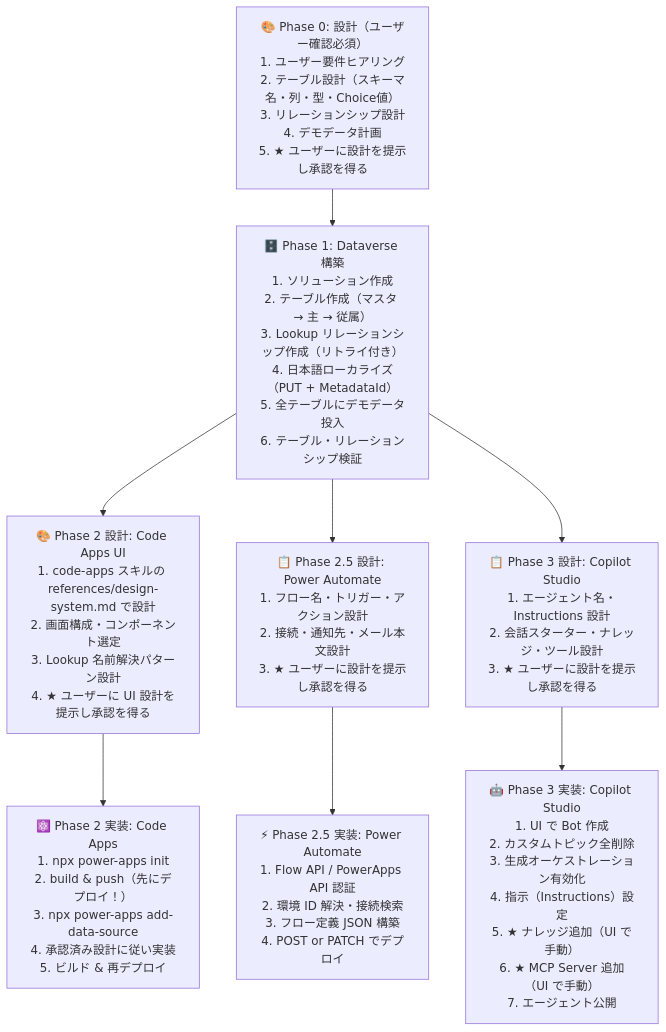
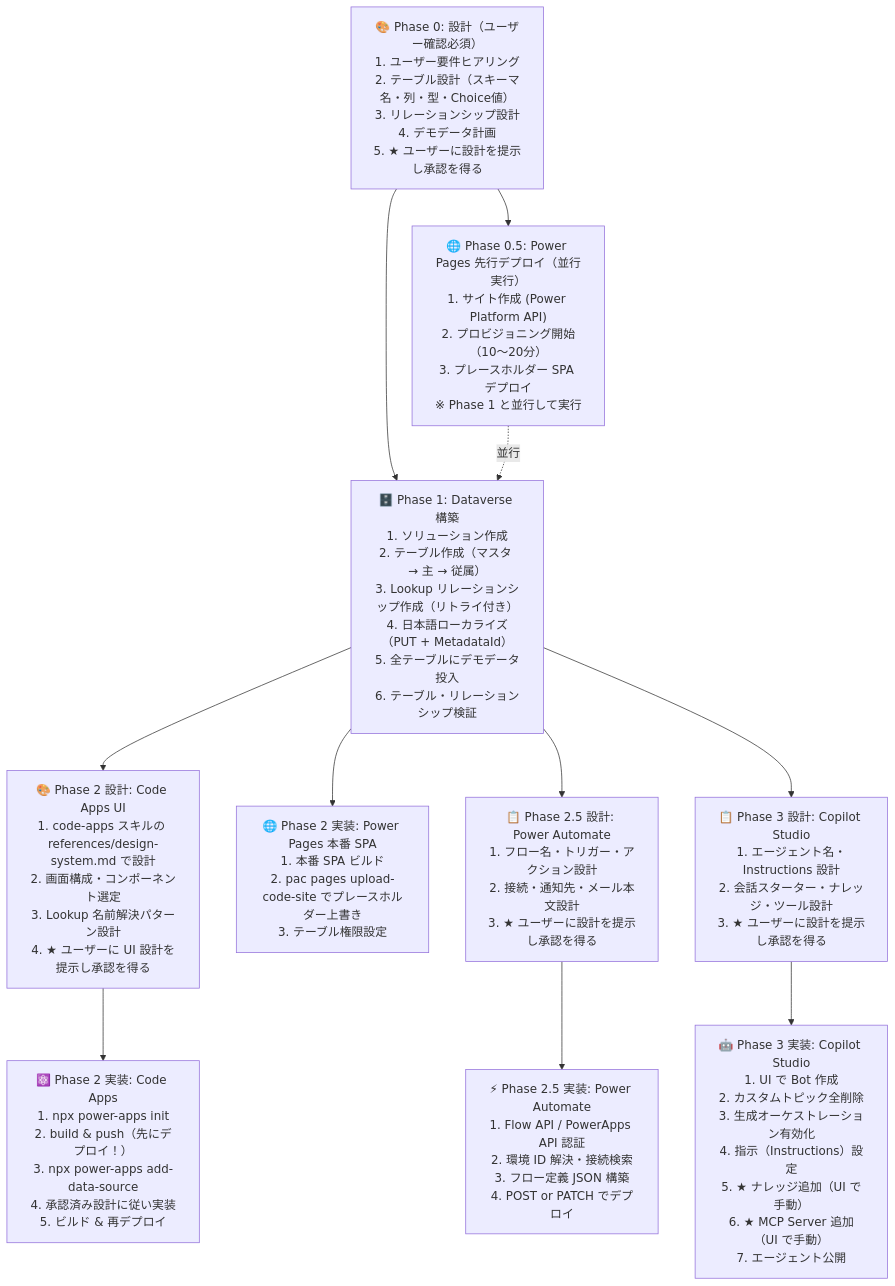
One commit to geekfujiwara/CodeAppsDevelopmentStandard changed the diagram in .github/skills/standard/references/power-platform-development-standard.md. Above: the diagram before and after it, drawn with Mermaid. The commit also changed other lines of this file and 7 other files, not shown here.

First line of the commit message:
feat: Phase 0.5 - Power Pages プレースホルダー先行デプロイ戦略

````diff
--- a/.github/skills/standard/references/power-platform-development-standard.md
+++ b/.github/skills/standard/references/power-platform-development-standard.md
@@ -1456,23 +1456,30 @@
 ```mermaid
 flowchart TD
     P0["🎨 Phase 0: 設計（ユーザー確認必須）\n1. ユーザー要件ヒアリング\n2. テーブル設計（スキーマ名・列・型・Choice値）\n3. リレーションシップ設計\n4. デモデータ計画\n5. ★ ユーザーに設計を提示し承認を得る"]
+
+    P05["🌐 Phase 0.5: Power Pages 先行デプロイ（並行実行）\n1. サイト作成 (Power Platform API)\n2. プロビジョニング開始（10〜20分）\n3. プレースホルダー SPA デプロイ\n※ Phase 1 と並行して実行"]
 
     P1["🗄️ Phase 1: Dataverse 構築\n1. ソリューション作成\n2. テーブル作成（マスタ → 主 → 従属）\n3. Lookup リレーションシップ作成（リトライ付き）\n4. 日本語ローカライズ（PUT + MetadataId）\n5. 全テーブルにデモデータ投入\n6. テーブル・リレーションシップ検証"]
 
     P2D["🎨 Phase 2 設計: Code Apps UI\n1. code-apps スキルの references/design-system.md で設計\n2. 画面構成・コンポーネント選定\n3. Lookup 名前解決パターン設計\n4. ★ ユーザーに UI 設計を提示し承認を得る"]
 
     P2["⚛️ Phase 2 実装: Code Apps\n1. npx power-apps init\n2. build & push（先にデプロイ！）\n3. npx power-apps add-data-source\n4. 承認済み設計に従い実装\n5. ビルド & 再デプロイ"]
+
+    P2PP["🌐 Phase 2 実装: Power Pages 本番 SPA\n1. 本番 SPA ビルド\n2. pac pages upload-code-site でプレースホルダー上書き\n3. テーブル権限設定"]
 
     P25D["📋 Phase 2.5 設計: Power Automate\n1. フロー名・トリガー・アクション設計\n2. 接続・通知先・メール本文設計\n3. ★ ユーザーに設計を提示し承認を得る"]
 
     P25["⚡ Phase 2.5 実装: Power Automate\n1. Flow API / PowerApps API 認証\n2. 環境 ID 解決・接続検索\n3. フロー定義 JSON 構築\n4. POST or PATCH でデプロイ"]
 
     P3D["📋 Phase 3 設計: Copilot Studio\n1. エージェント名・Instructions 設計\n2. 会話スターター・ナレッジ・ツール設計\n3. ★ ユーザーに設計を提示し承認を得る"]
 
     P3["🤖 Phase 3 実装: Copilot Studio\n1. UI で Bot 作成\n2. カスタムトピック全削除\n3. 生成オーケストレーション有効化\n4. 指示（Instructions）設定\n5. ★ ナレッジ追加（UI で手動）\n6. ★ MCP Server 追加（UI で手動）\n7. エージェント公開"]
 
+    P0 --> P05
     P0 --> P1
+    P05 -.->|並行| P1
     P1 --> P2D --> P2
+    P1 --> P2PP
     P1 --> P25D --> P25
     P1 --> P3D --> P3
 ```
````
